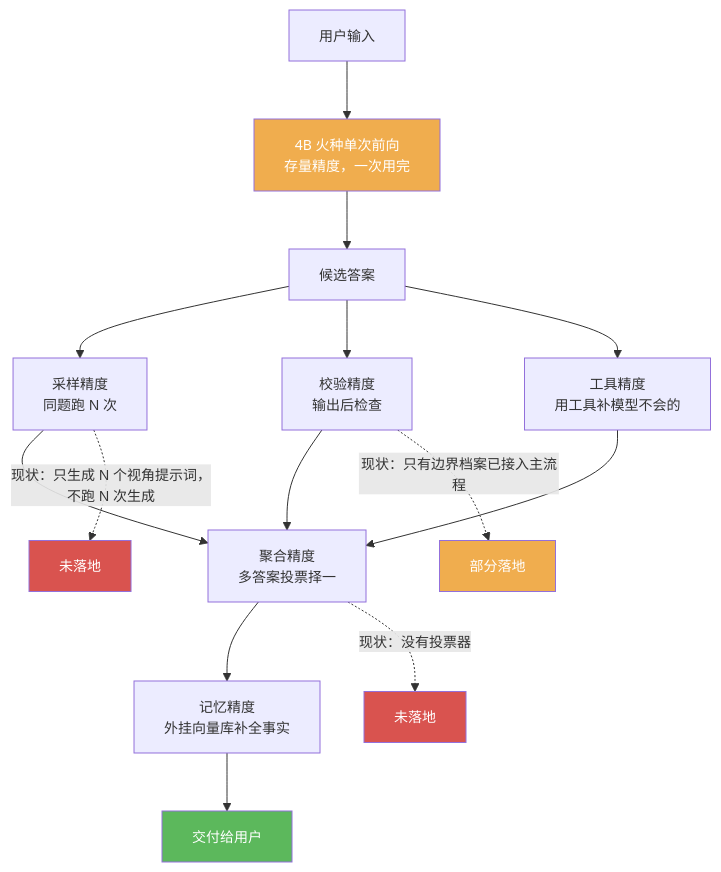
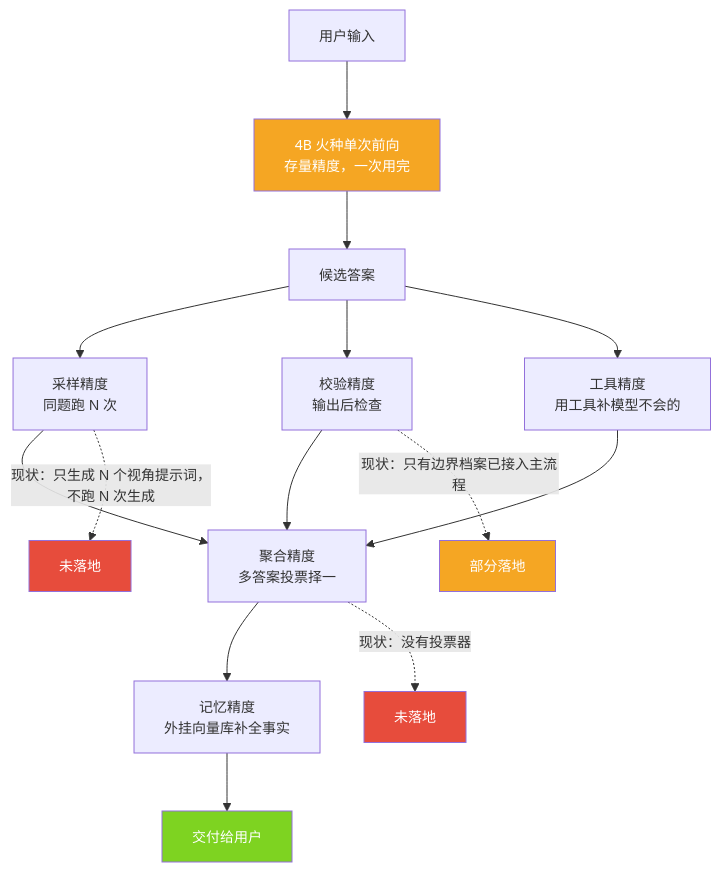
The second of 9 diagrams in docs/modules/11-post-chapters.md (jiangchuangege/xiaojiao-harnees), drawn with Mermaid before and after one commit. The commit also changed other lines of this file and 32 other files, not shown here.

Commit message:
统一：全仓原理图配色到一套调色板 + 给 12 张灰图补色 + 修正自己会睡那张过期图

````diff
--- a/docs/modules/11-post-chapters.md
+++ b/docs/modules/11-post-chapters.md
@@ -130,27 +130,27 @@
 ```mermaid
 %%{init: {"themeVariables": {"fontSize": "14px"}, "flowchart": {"htmlLabels": true, "wrappingWidth": 320, "nodeSpacing": 44, "rankSpacing": 58, "useMaxWidth": true}}}%%
 flowchart TB
     U["用户输入"] --> M["4B 火种单次前向<br/>存量精度，一次用完"]
     M --> OUT["候选答案"]
 
     OUT --> P1["采样精度<br/>同题跑 N 次"]
     OUT --> P2["校验精度<br/>输出后检查"]
     OUT --> P5["工具精度<br/>用工具补模型不会的"]
 
     P1 --> AGG["聚合精度<br/>多答案投票择一"]
     P2 --> AGG
     P5 --> AGG
 
     AGG --> MEMP["记忆精度<br/>外挂向量库补全事实"]
     MEMP --> FIN["交付给用户"]
 
     P1 -.->|"现状：只生成 N 个视角提示词，不跑 N 次生成"| P1X["未落地"]
     P2 -.->|"现状：只有边界档案已接入主流程"| P2X["部分落地"]
     AGG -.->|"现状：没有投票器"| AGGX["未落地"]
 
-    style M fill:#f0ad4e,color:#fff
-    style P2X fill:#f0ad4e,color:#fff
-    style P1X fill:#d9534f,color:#fff
-    style AGGX fill:#d9534f,color:#fff
-    style FIN fill:#5cb85c,color:#fff
+    style M fill:#F5A623,color:#fff
+    style P2X fill:#F5A623,color:#fff
+    style P1X fill:#E74C3C,color:#fff
+    style AGGX fill:#E74C3C,color:#fff
+    style FIN fill:#7ED321,color:#fff
 ```
````
